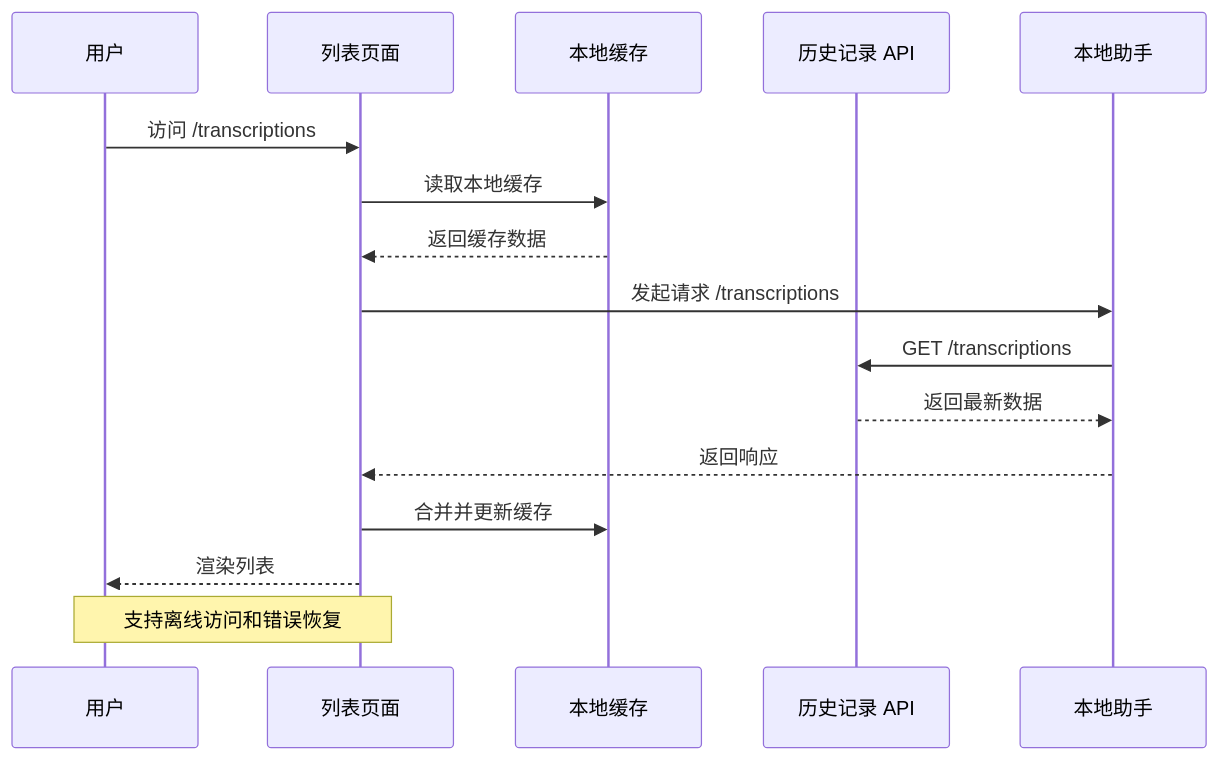
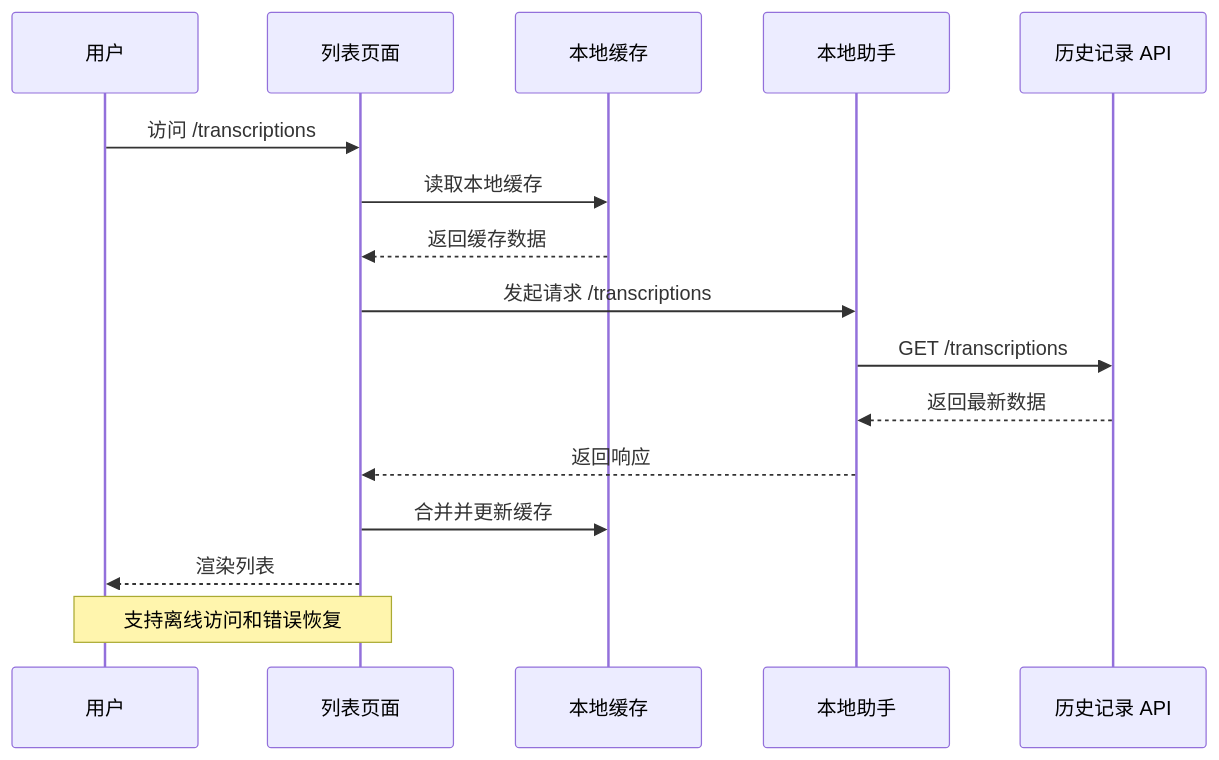
The fourth of 18 diagrams in .qoder/repowiki/zh/content/Transcription History System.md (clawbotai/memo-flow), drawn with Mermaid before and after one commit. The commit also changed other lines of this file and 5 other files, not shown here.

````diff
--- a/.qoder/repowiki/zh/content/Transcription History System.md
+++ b/.qoder/repowiki/zh/content/Transcription History System.md
@@ -268,18 +284,18 @@
 ```mermaid
 sequenceDiagram
 participant User as 用户
 participant Page as 列表页面
 participant Cache as 本地缓存
+participant Helper as 本地助手
 participant API as 历史记录 API
-participant Helper as 本地助手
 User->>Page : 访问 /transcriptions
 Page->>Cache : 读取本地缓存
 Cache-->>Page : 返回缓存数据
 Page->>Helper : 发起请求 /transcriptions
 Helper->>API : GET /transcriptions
 API-->>Helper : 返回最新数据
 Helper-->>Page : 返回响应
 Page->>Cache : 合并并更新缓存
 Page-->>User : 渲染列表
 Note over User,Page : 支持离线访问和错误恢复
 ```
````
